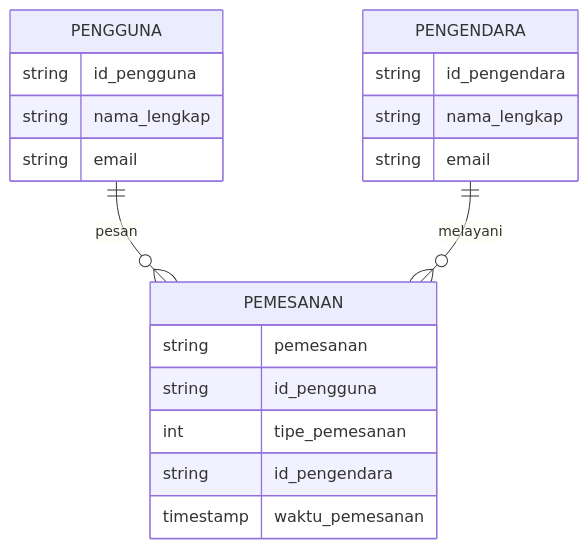
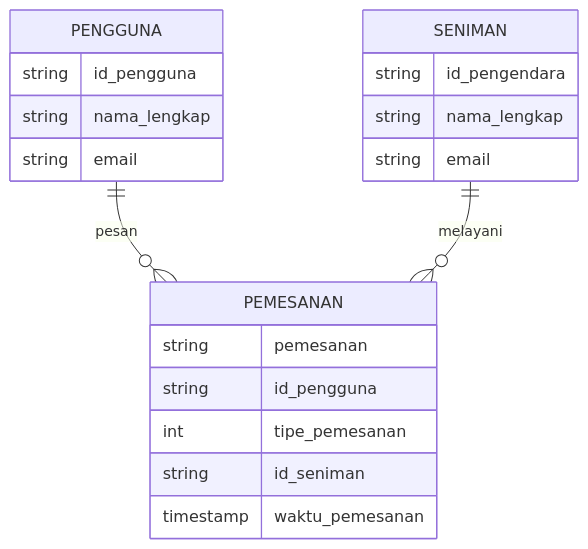
Before and after one commit to Azispanji24/azis-job-interview-if: the diagram in contoh-jawaban-job-interview.md, drawn with Mermaid.

````diff
--- a/contoh-jawaban-job-interview.md
+++ b/contoh-jawaban-job-interview.md
@@ -76,24 +76,24 @@
 ```mermaid
 
 erDiagram
     PENGGUNA ||--o{ PEMESANAN : pesan
     PENGGUNA {
         string id_pengguna
         string nama_lengkap
         string email
     }
     PEMESANAN {
         string pemesanan
         string id_pengguna
         int tipe_pemesanan
-        string id_pengendara
+        string id_seniman
         timestamp waktu_pemesanan
     }
-    PENGENDARA ||--o{ PEMESANAN : melayani
-    PENGENDARA {
+    SENIMAN ||--o{ PEMESANAN : melayani
+    SENIMAN {
         string id_pengendara
         string nama_lengkap
         string email
     }
 
 ```
````
